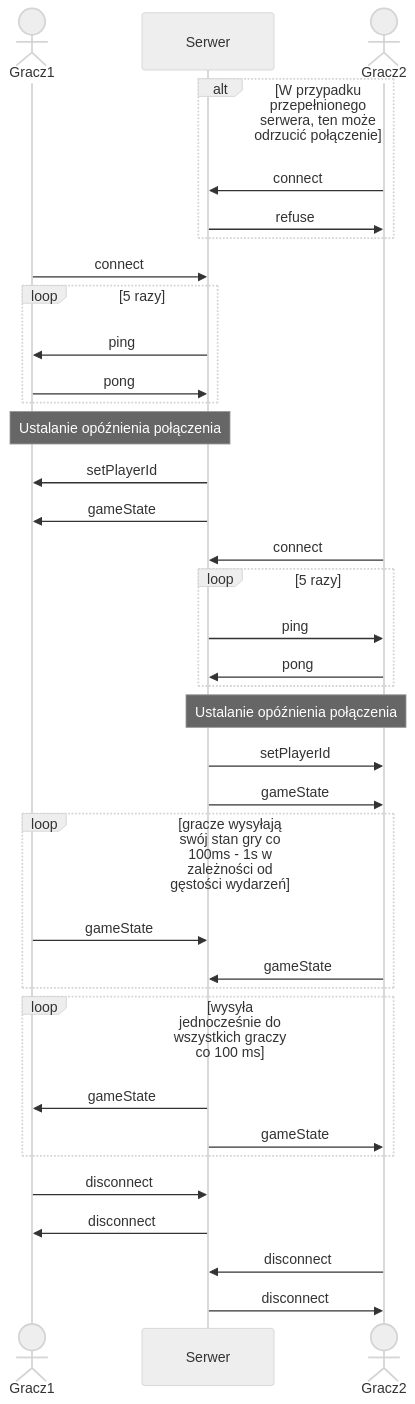
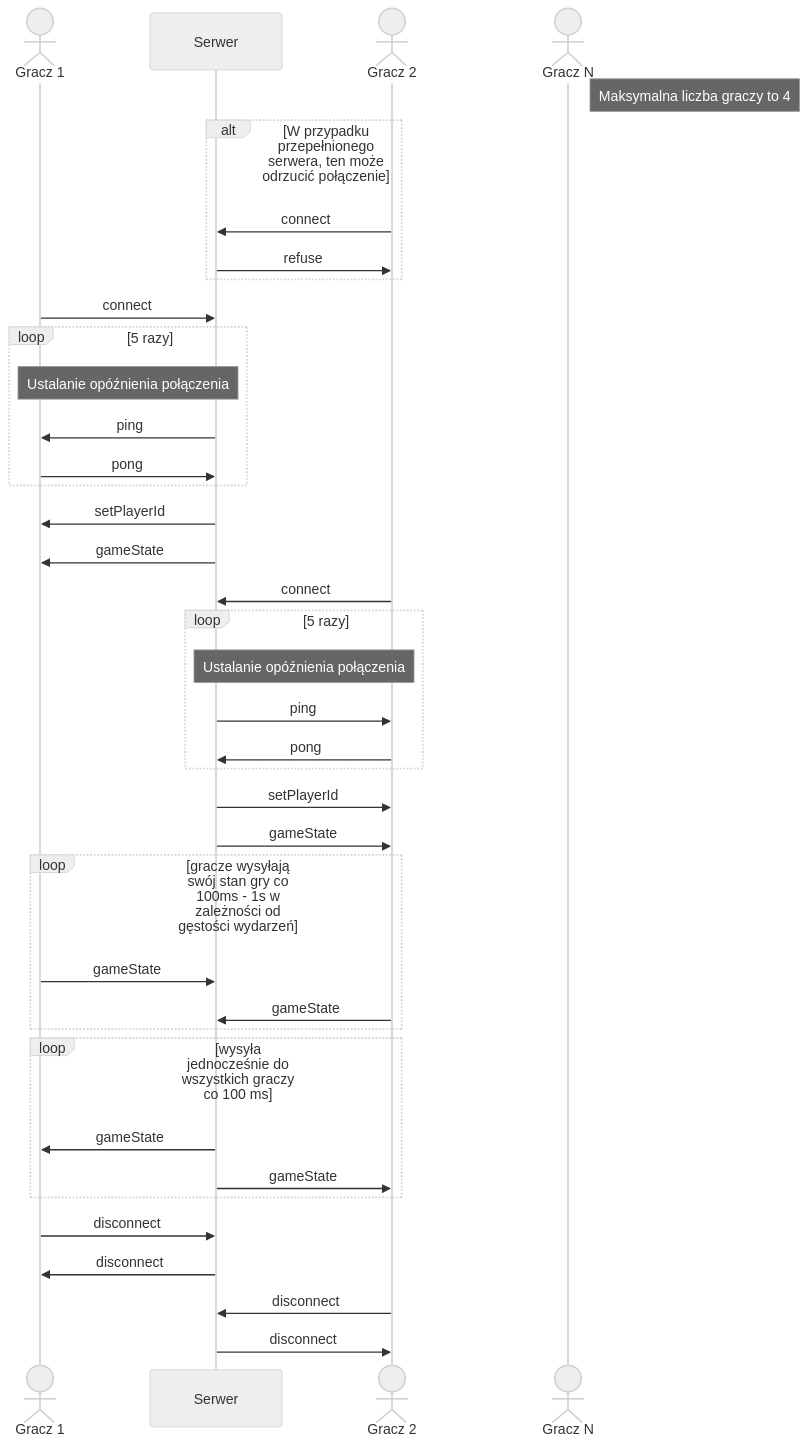
One commit to KanarekLife/DistributedComputing changed the diagram in Project01/diagrams/sequence.mmd. Above: the diagram before and after it, drawn with Mermaid (neutral theme). The commit also changed 5 other files, not shown here.

```diff
--- a/Project01/diagrams/sequence.mmd
+++ b/Project01/diagrams/sequence.mmd
@@ -1,42 +1,48 @@
 sequenceDiagram
-    actor  Gracz1
-    participant  Serwer
-    actor  Gracz2
+    actor Gracz1 as Gracz 1
+    participant Serwer
+    actor Gracz2 as Gracz 2
+    actor Gracz N
+    Note right of Gracz N: Maksymalna liczba graczy to 4
+
     alt W przypadku przepełnionego serwera, ten może odrzucić połączenie
     Gracz2 ->> Serwer: connect
     Serwer ->> Gracz2: refuse
     end
 
     Gracz1 ->> Serwer: connect
+
     loop 5 razy
+    Note over Serwer, Gracz1: Ustalanie opóźnienia połączenia
     Serwer ->> Gracz1: ping
     Gracz1 ->> Serwer: pong
     end
-    Note over Gracz1, Serwer: Ustalanie opóźnienia połączenia
+
     Serwer ->> Gracz1: setPlayerId
     Serwer ->> Gracz1: gameState
 
     Gracz2 ->> Serwer: connect
+
     loop 5 razy
+    Note over Gracz2, Serwer: Ustalanie opóźnienia połączenia
     Serwer ->> Gracz2: ping
     Gracz2 ->> Serwer: pong
     end
-    Note over Gracz2, Serwer: Ustalanie opóźnienia połączenia
+
     Serwer ->> Gracz2: setPlayerId
     Serwer ->> Gracz2: gameState
 
     loop gracze wysyłają swój stan gry co 100ms - 1s w zależności od gęstości wydarzeń
         Gracz1 ->> Serwer: gameState
         Gracz2 ->> Serwer: gameState
-        
     end
 
     loop wysyła jednocześnie do wszystkich graczy co 100 ms
         Serwer ->> Gracz1: gameState
         Serwer ->> Gracz2: gameState
     end
 
     Gracz1 ->> Serwer: disconnect
     Serwer ->> Gracz1: disconnect
     Gracz2 ->> Serwer: disconnect
     Serwer ->> Gracz2: disconnect
```
